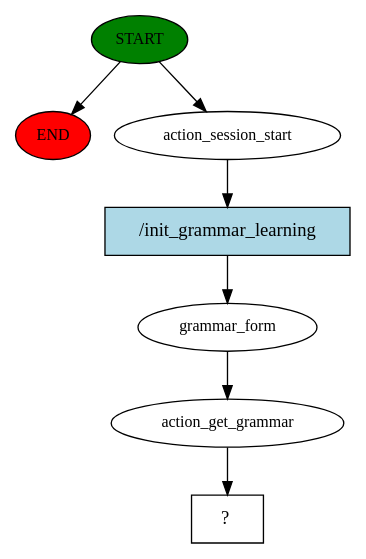
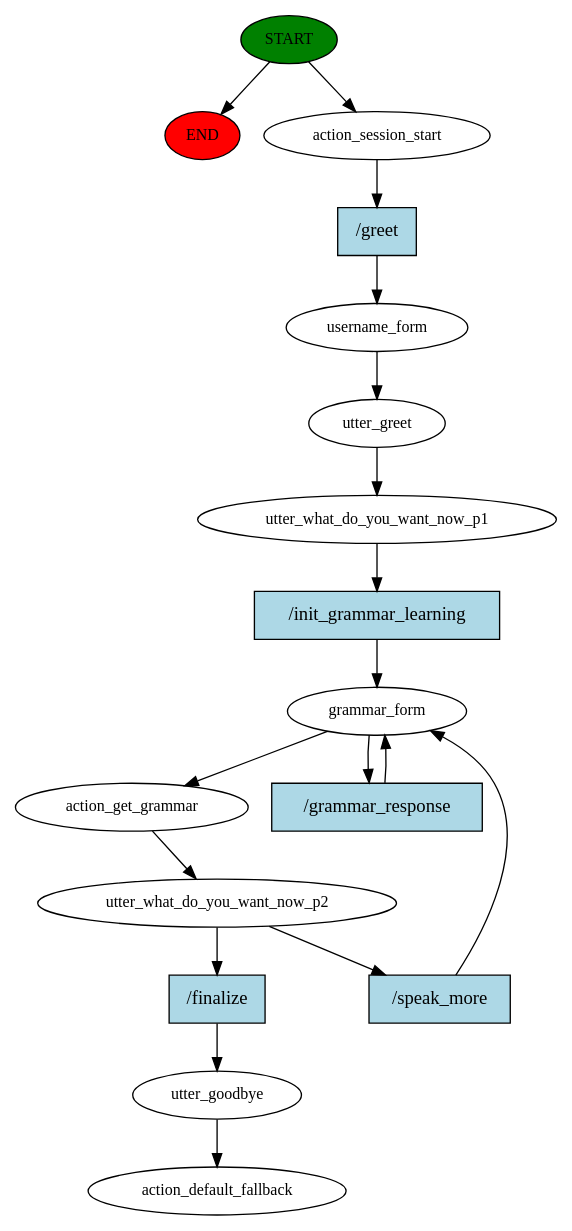
The diagram in story_graph.dot (freitas000jeferson/tcc-le-rasa), drawn with Graphviz before and after one commit. The commit also changed 9 other files, not shown here.

```diff
--- a/story_graph.dot
+++ b/story_graph.dot
@@ -1,15 +1,35 @@
 digraph  {
 0 [class="start active", fillcolor=green, fontsize=12, label=START, style=filled];
 "-1" [class=end, fillcolor=red, fontsize=12, label=END, style=filled];
 1 [class=active, fontsize=12, label=action_session_start];
-2 [class=active, fontsize=12, label=grammar_form];
-3 [class=active, fontsize=12, label=action_get_grammar];
-4 [class="intent dashed active", label="  ?  ", shape=rect];
-5 [class="intent active", fillcolor=lightblue, label="/init_grammar_learning", shape=rect, style=filled];
+2 [class=active, fontsize=12, label=username_form];
+3 [class=active, fontsize=12, label=utter_greet];
+4 [class=active, fontsize=12, label=utter_what_do_you_want_now_p1];
+5 [class=active, fontsize=12, label=grammar_form];
+7 [class=active, fontsize=12, label=action_get_grammar];
+8 [class=active, fontsize=12, label=utter_what_do_you_want_now_p2];
+15 [class=active, fontsize=12, label=utter_goodbye];
+16 [class="dashed active", fontsize=12, label=action_default_fallback];
+17 [class="intent active", fillcolor=lightblue, label="/greet", shape=rect, style=filled];
+18 [class="intent active", fillcolor=lightblue, label="/init_grammar_learning", shape=rect, style=filled];
+19 [class="intent active", fillcolor=lightblue, label="/grammar_response", shape=rect, style=filled];
+20 [class="intent active", fillcolor=lightblue, label="/finalize", shape=rect, style=filled];
+21 [class="intent active", fillcolor=lightblue, label="/speak_more", shape=rect, style=filled];
 0 -> "-1"  [class="", key=NONE, label=""];
 0 -> 1  [class=active, key=NONE, label=""];
-1 -> 5  [class=active, key=0];
+1 -> 17  [class=active, key=0];
 2 -> 3  [class=active, key=NONE, label=""];
 3 -> 4  [class=active, key=NONE, label=""];
-5 -> 2  [class=active, key=0];
+4 -> 18  [class=active, key=0];
+5 -> 7  [class=active, key=NONE, label=""];
+5 -> 19  [class=active, key=0];
+7 -> 8  [class=active, key=NONE, label=""];
+8 -> 20  [class=active, key=0];
+8 -> 21  [class=active, key=0];
+15 -> 16  [class=active, key=NONE, label=""];
+17 -> 2  [class=active, key=0];
+18 -> 5  [class=active, key=0];
+19 -> 5  [class=active, key=0];
+20 -> 15  [class=active, key=0];
+21 -> 5  [class=active, key=0];
 }
```
